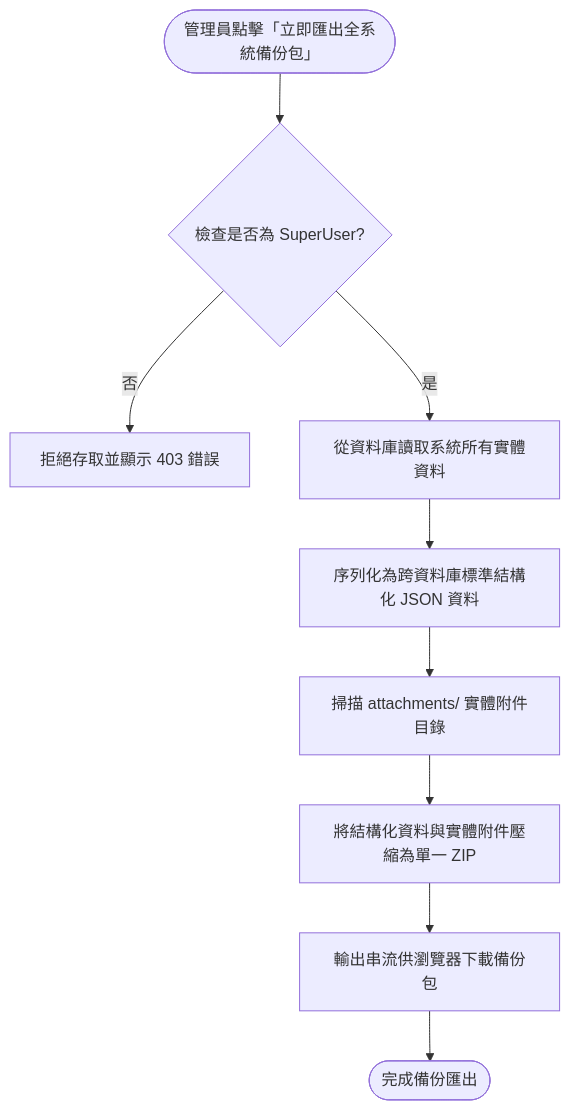
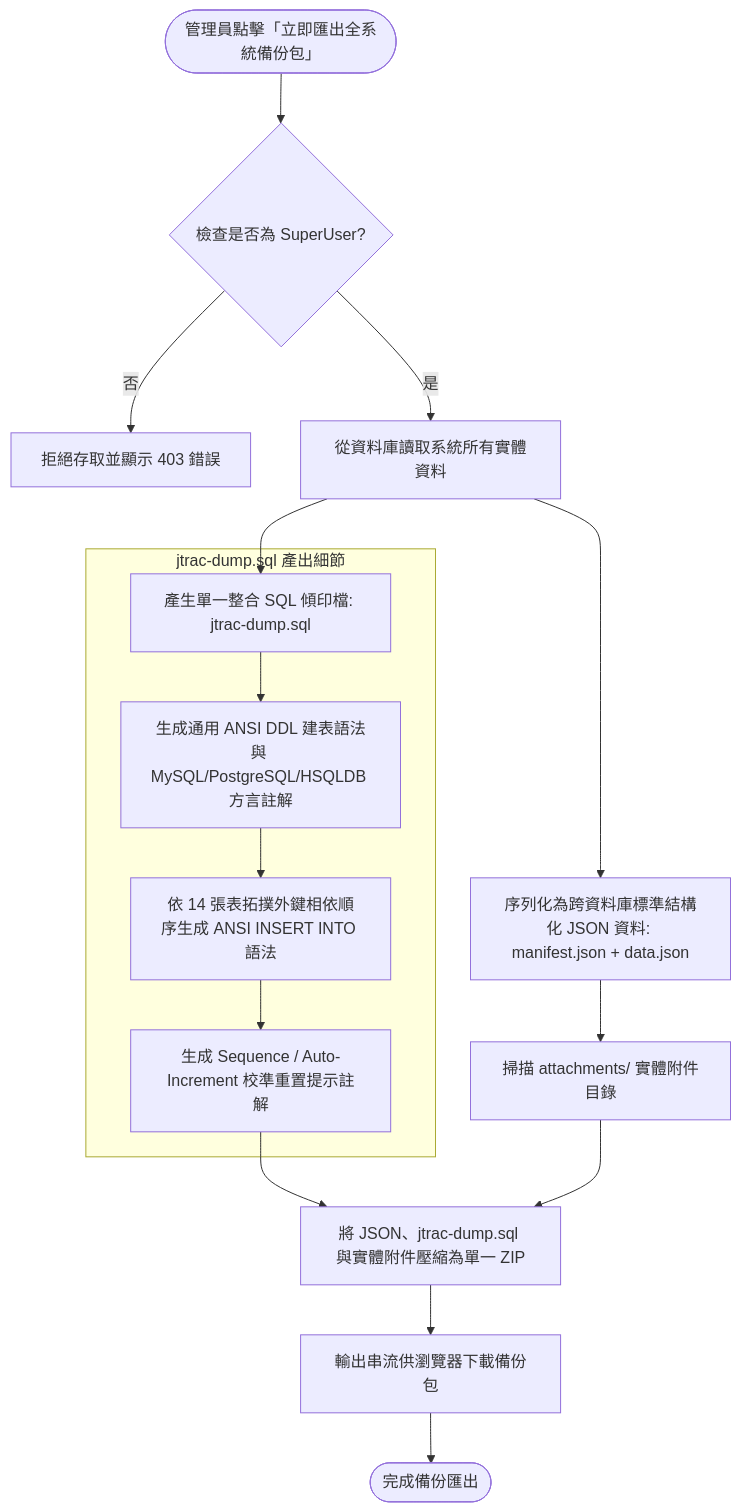
Before and after one commit to WilliamFromTW/jtrac: the ninth of 10 diagrams in openspec/specs/README.md, drawn with Mermaid. The commit also changed other lines of this file and 22 other files, not shown here.

Commit message:
docs: archive refactor-remove-excel-and-add-sql-dump and update multilingual documentation

````diff
--- a/openspec/specs/README.md
+++ b/openspec/specs/README.md
@@ -213,11 +213,18 @@
 ```mermaid
 flowchart TD
     Start([管理員點擊「立即匯出全系統備份包」]) --> CheckAuth{檢查是否為 SuperUser?}
     CheckAuth -- 否 --> Deny[拒絕存取並顯示 403 錯誤]
     CheckAuth -- 是 --> QueryDB[從資料庫讀取系統所有實體資料]
-    QueryDB --> GenJSON[序列化為跨資料庫標準結構化 JSON 資料]
+    QueryDB --> GenJSON[序列化為跨資料庫標準結構化 JSON 資料: manifest.json + data.json]
+    QueryDB --> GenSQL[產生單一整合 SQL 傾印檔: jtrac-dump.sql]
+    subgraph "jtrac-dump.sql 產出細節"
+        GenSQL --> DDLPart[生成通用 ANSI DDL 建表語法與 MySQL/PostgreSQL/HSQLDB 方言註解]
+        DDLPart --> DMLPart[依 14 張表拓撲外鍵相依順序生成 ANSI INSERT INTO 語法]
+        DMLPart --> SeqPart[生成 Sequence / Auto-Increment 校準重置提示註解]
+    end
     GenJSON --> ScanAttach[掃描 attachments/ 實體附件目錄]
-    ScanAttach --> ZipBundle[將結構化資料與實體附件壓縮為單一 ZIP]
+    SeqPart --> ZipBundle[將 JSON、jtrac-dump.sql 與實體附件壓縮為單一 ZIP]
+    ScanAttach --> ZipBundle
     ZipBundle --> StreamDownload[輸出串流供瀏覽器下載備份包]
     StreamDownload --> End([完成備份匯出])
 ```
````
